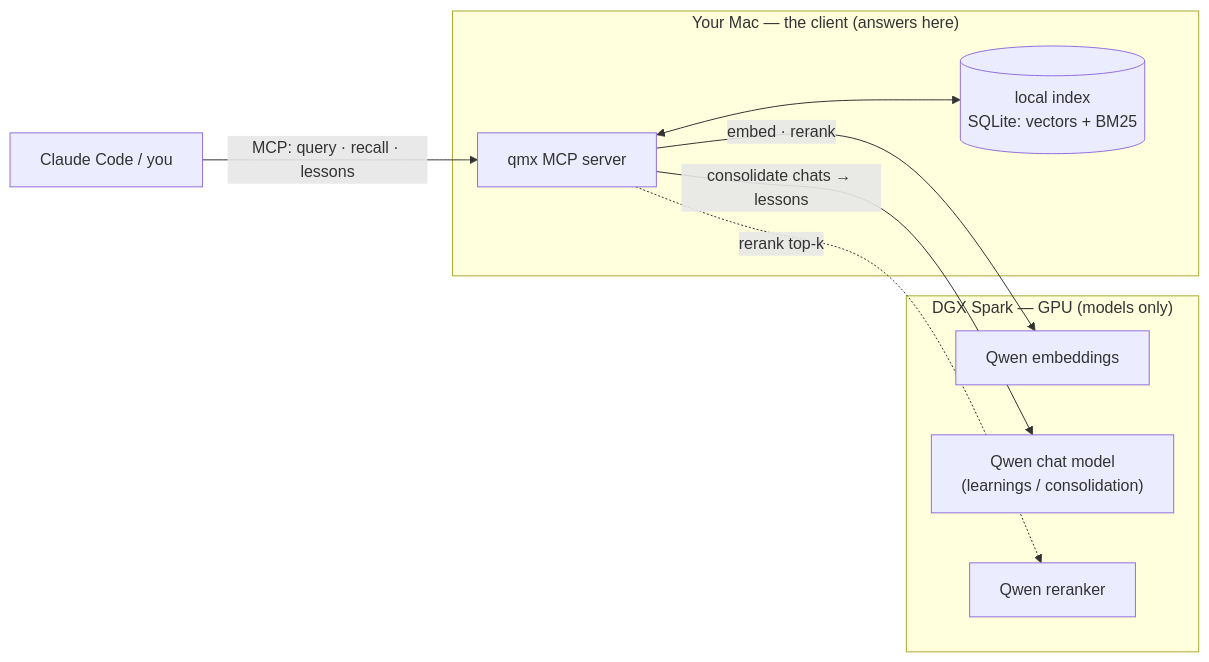
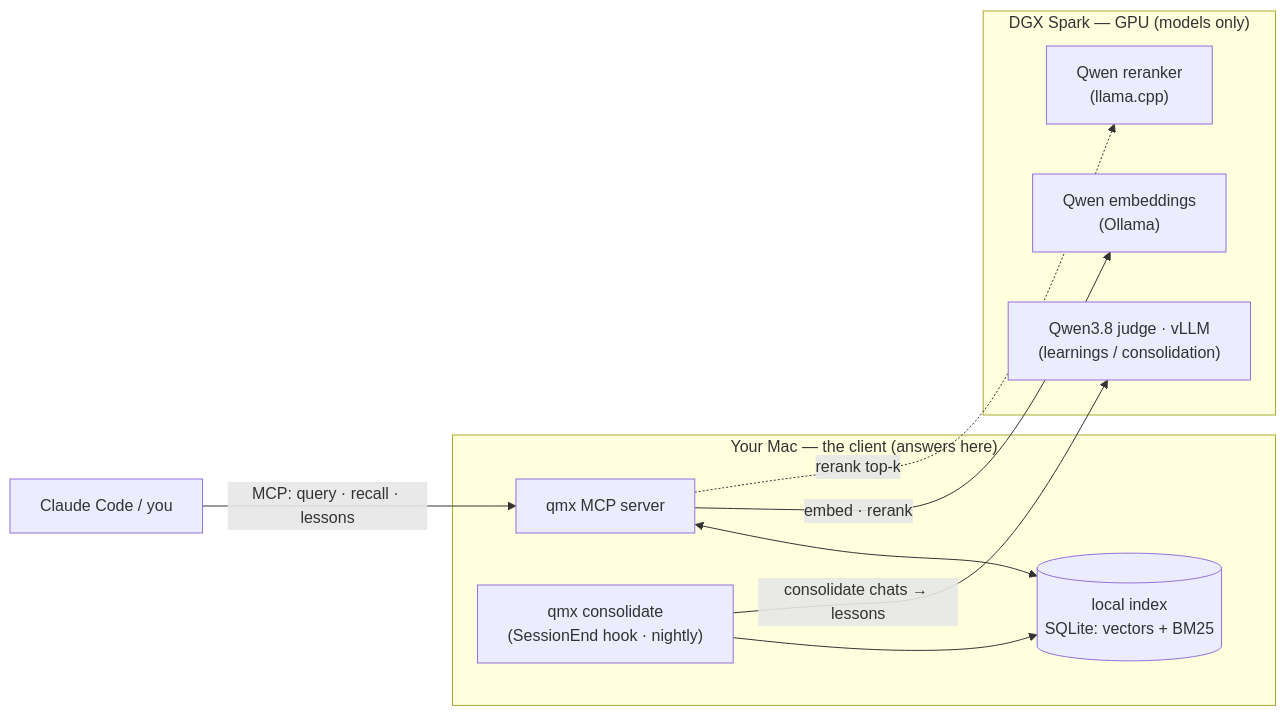
Before and after one commit to the-dsvolk/qmx: the first of 6 diagrams in README.md, drawn with Mermaid. The commit also changed other lines of this file, not shown here.

First line of the commit message:
docs: README reflects the vLLM Qwen3.8 judge and current guardrails

````diff
--- a/README.md
+++ b/README.md
@@ -27,21 +28,23 @@
 ```mermaid
 flowchart LR
   U["Claude Code / you"]
 
   subgraph MAC["Your Mac — the client (answers here)"]
     S["qmx MCP server"]
     DB[("local index<br/>SQLite: vectors + BM25")]
+    CON["qmx consolidate<br/>(SessionEnd hook · nightly)"]
     S <--> DB
+    CON --> DB
   end
 
   subgraph SPARK["DGX Spark — GPU (models only)"]
-    E["Qwen embeddings"]
-    C["Qwen chat model<br/>(learnings / consolidation)"]
-    R["Qwen reranker"]
+    E["Qwen embeddings<br/>(Ollama)"]
+    C["Qwen3.8 judge · vLLM<br/>(learnings / consolidation)"]
+    R["Qwen reranker<br/>(llama.cpp)"]
   end
 
   U -->|"MCP: query · recall · lessons"| S
   S -->|"embed · rerank"| E
   S -.->|"rerank top-k"| R
-  S -->|"consolidate chats → lessons"| C
+  CON -->|"consolidate chats → lessons"| C
 ```
````
